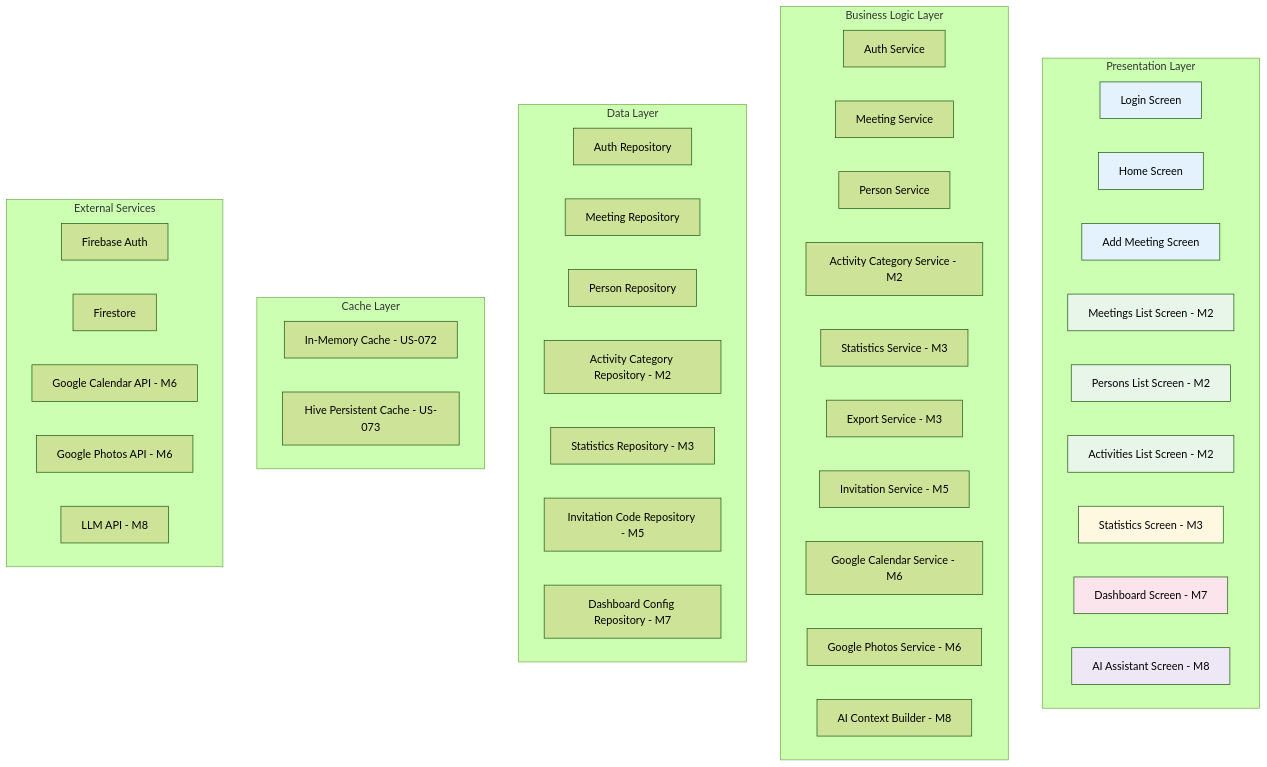
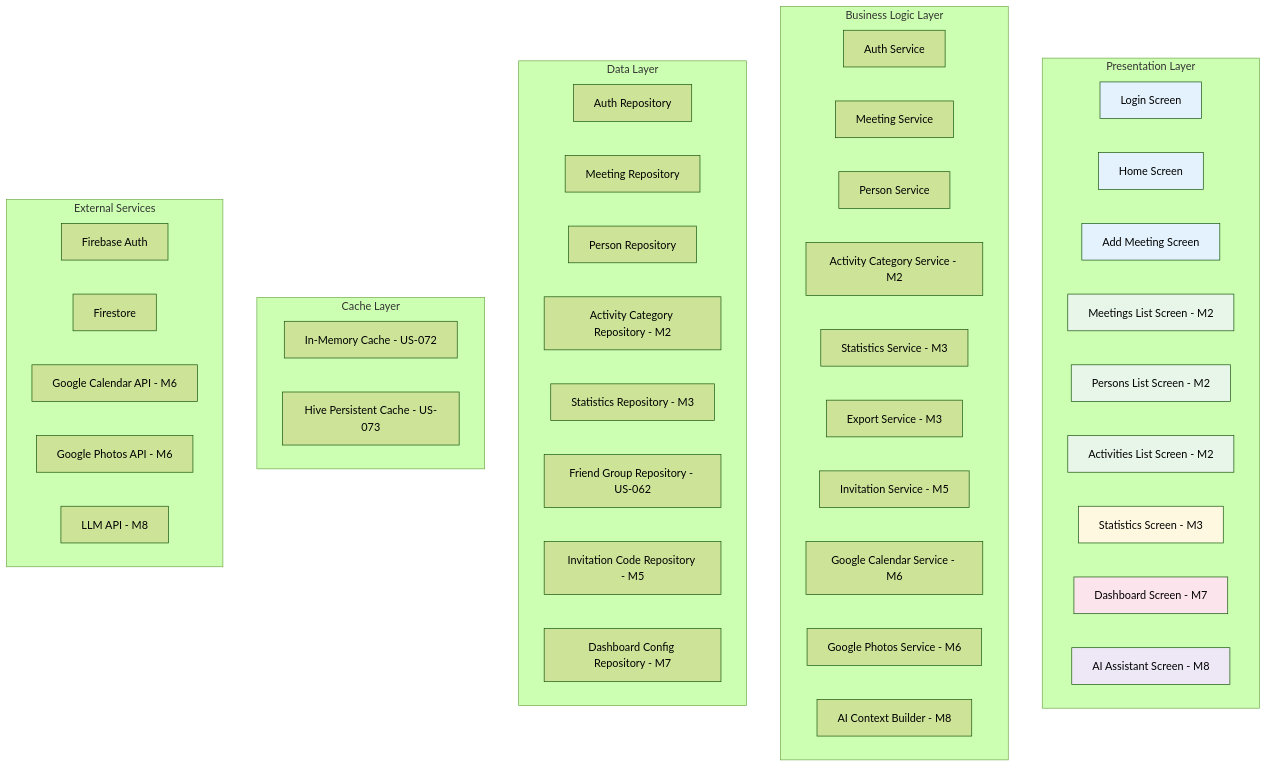
The third of 5 diagrams in docs/architecture.md (aleksanderginalski/Friendsheet-App), drawn with Mermaid (forest theme) before and after one commit. The commit also changed other lines of this file and 5 other files, not shown here.

````diff
--- a/docs/architecture.md
+++ b/docs/architecture.md
@@ -126,60 +138,61 @@
 ```mermaid
 graph TB
     subgraph "Presentation Layer"
         A1[Login Screen]
         A2[Home Screen]
         A3[Add Meeting Screen]
         A4[Meetings List Screen - M2]
         A5[Persons List Screen - M2]
         A6[Activities List Screen - M2]
         A7[Statistics Screen - M3]
         A8[Dashboard Screen - M7]
         A9[AI Assistant Screen - M8]
     end
     
     subgraph "Business Logic Layer"
         B1[Auth Service]
         B2[Meeting Service]
         B3[Person Service]
         B4[Activity Category Service - M2]
         B5[Statistics Service - M3]
         B6[Export Service - M3]
         B7[Invitation Service - M5]
         B8[Google Calendar Service - M6]
         B8b[Google Photos Service - M6]
         B9[AI Context Builder - M8]
     end
     
     subgraph "Data Layer"
         C1[Auth Repository]
         C2[Meeting Repository]
         C3[Person Repository]
         C4[Activity Category Repository - M2]
         C5[Statistics Repository - M3]
-        C6[Invitation Code Repository - M5]
-        C7[Dashboard Config Repository - M7]
+        C6[Friend Group Repository - US-062]
+        C7[Invitation Code Repository - M5]
+        C8[Dashboard Config Repository - M7]
     end
     
     subgraph "Cache Layer"
         CA1[In-Memory Cache - US-072]
         CA2[Hive Persistent Cache - US-073]
     end
     
     subgraph "External Services"
         D1[Firebase Auth]
         D2[Firestore]
         D3[Google Calendar API - M6]
         D3b[Google Photos API - M6]
         D4[LLM API - M8]
     end
     
     style A1 fill:#E3F2FD
     style A2 fill:#E3F2FD
     style A3 fill:#E3F2FD
     style A4 fill:#E8F5E9
     style A5 fill:#E8F5E9
     style A6 fill:#E8F5E9
     style A7 fill:#FFF8E1
     style A8 fill:#FCE4EC
     style A9 fill:#EDE7F6
 ```
````
